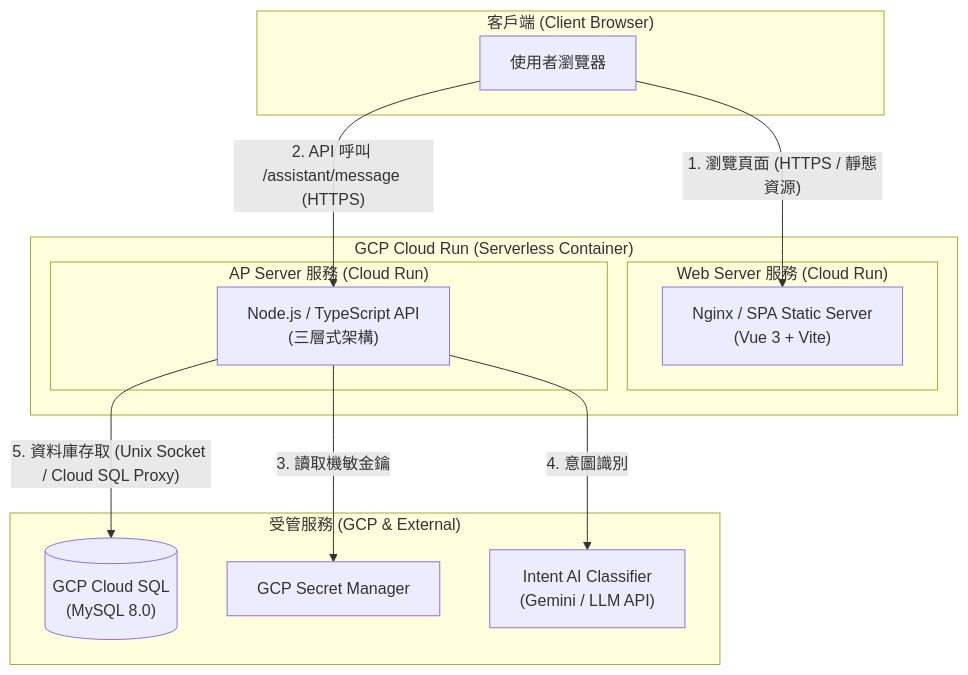
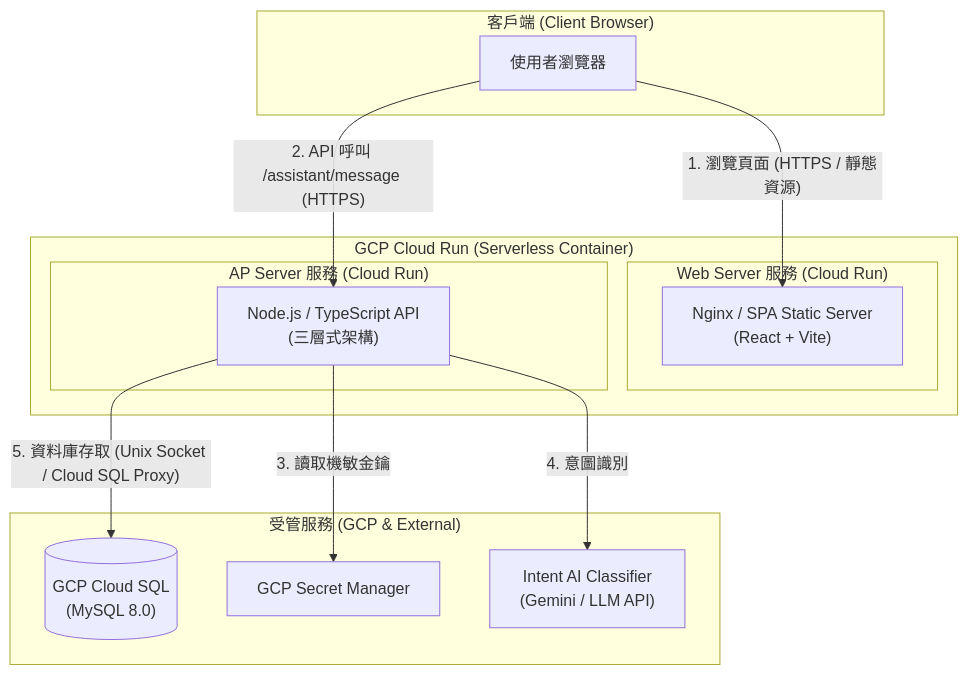
Before and after one commit to woody1234567/insuranceAssistance: the first of 2 diagrams in spec/devPrincipal/01-architecture.md, drawn with Mermaid. The commit also changed other lines of this file and 6 other files, not shown here.

````diff
--- a/spec/devPrincipal/01-architecture.md
+++ b/spec/devPrincipal/01-architecture.md
@@ -11,28 +11,28 @@
 ```mermaid
 flowchart TD
     subgraph ClientBrowser ["客戶端 (Client Browser)"]
         UserBrowser["使用者瀏覽器"]
     end
 
     subgraph GCPCloudRun ["GCP Cloud Run (Serverless Container)"]
         subgraph WebService ["Web Server 服務 (Cloud Run)"]
-            NginxServer["Nginx / SPA Static Server<br/>(Vue 3 + Vite)"]
+            NginxServer["Nginx / SPA Static Server<br/>(React + Vite)"]
         end
 
         subgraph APIService ["AP Server 服務 (Cloud Run)"]
             NodeAPServer["Node.js / TypeScript API<br/>(三層式架構)"]
         end
     end
 
     subgraph ManagedServices ["受管服務 (GCP & External)"]
         CloudSQL[("GCP Cloud SQL<br/>(MySQL 8.0)")]
         SecretManager["GCP Secret Manager"]
         AIEngine["Intent AI Classifier<br/>(Gemini / LLM API)"]
     end
 
     UserBrowser -->|"1. 瀏覽頁面 (HTTPS / 靜態資源)"| NginxServer
     UserBrowser -->|"2. API 呼叫 /assistant/message (HTTPS)"| NodeAPServer
     NodeAPServer -->|"3. 讀取機敏金鑰"| SecretManager
     NodeAPServer -->|"4. 意圖識別"| AIEngine
     NodeAPServer -->|"5. 資料庫存取 (Unix Socket / Cloud SQL Proxy)"| CloudSQL
 ```
````
